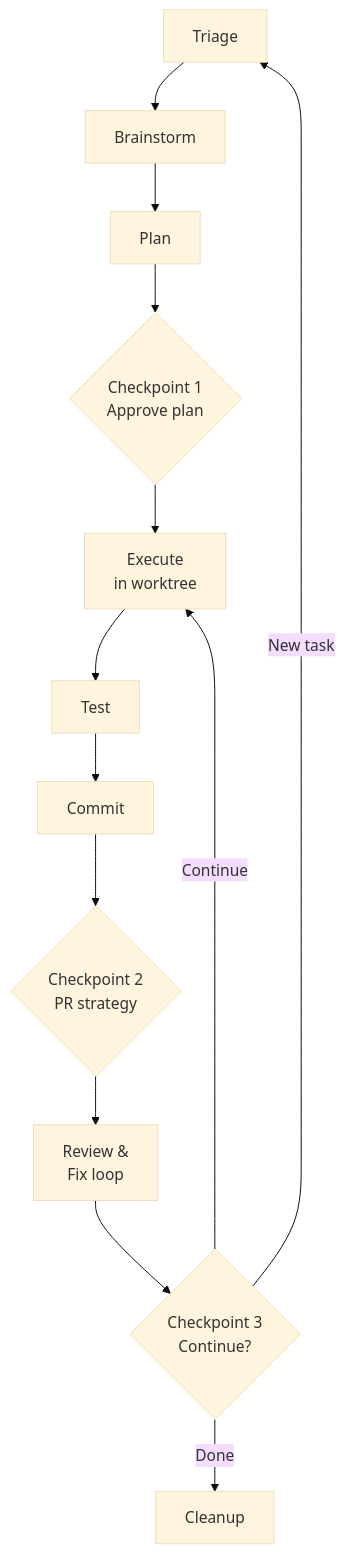
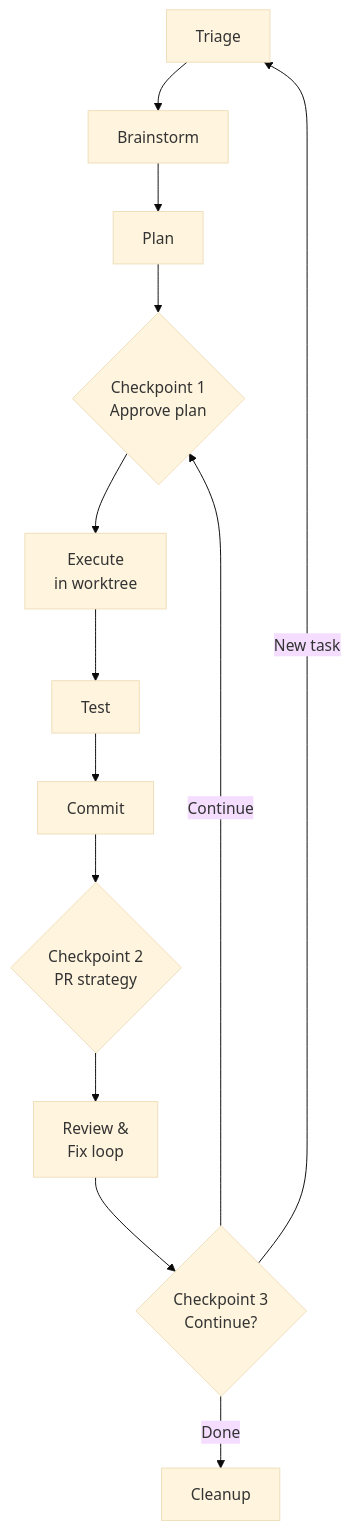
Before and after one commit to ANaka/work-cycle: the diagram in README.md, drawn with Mermaid (base theme). The commit also changed 1 other file, not shown here.

Commit message:
Address Codex review feedback on brainstorm integration
- Fix Checkpoint 1 to reference "assumption check or design brief" instead
  of always "design brief" (Small tasks don't produce a design brief)
- Add re-triage escalation when Small task assumption check reveals
  unexpected complexity
- Add verification field to design brief and self-review checklist
- Fix README mermaid Continue arrow to route back to Checkpoint 1 (plan
  review) instead of Execute, matching multi-session continuation flow

````diff
--- a/README.md
+++ b/README.md
@@ -38,15 +38,15 @@
 ```mermaid
 graph TD
     A[Triage] --> B[Brainstorm]
     B --> C[Plan]
     C --> D{Checkpoint 1\nApprove plan}
     D --> E[Execute\nin worktree]
     E --> F[Test]
     F --> G[Commit]
     G --> H{Checkpoint 2\nPR strategy}
     H --> I[Review &\nFix loop]
     I --> J{Checkpoint 3\nContinue?}
     J -->|New task| A
-    J -->|Continue| E
+    J -->|Continue| D
     J -->|Done| K[Cleanup]
 ```
````
